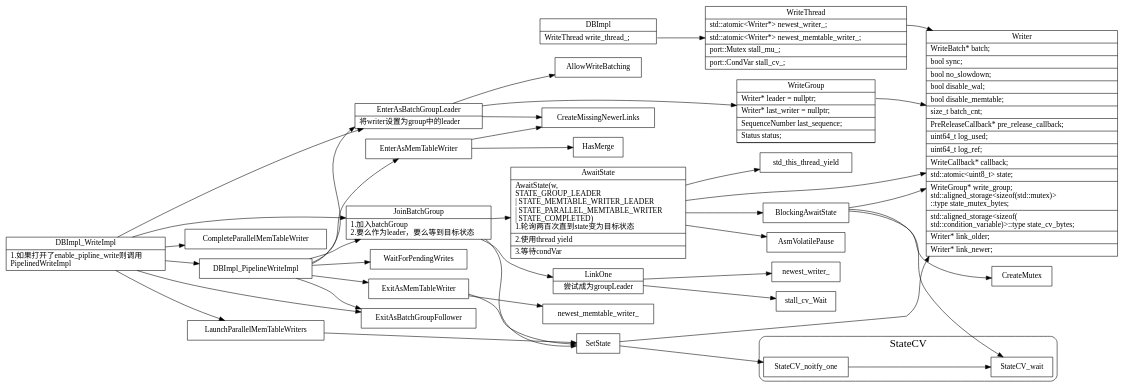
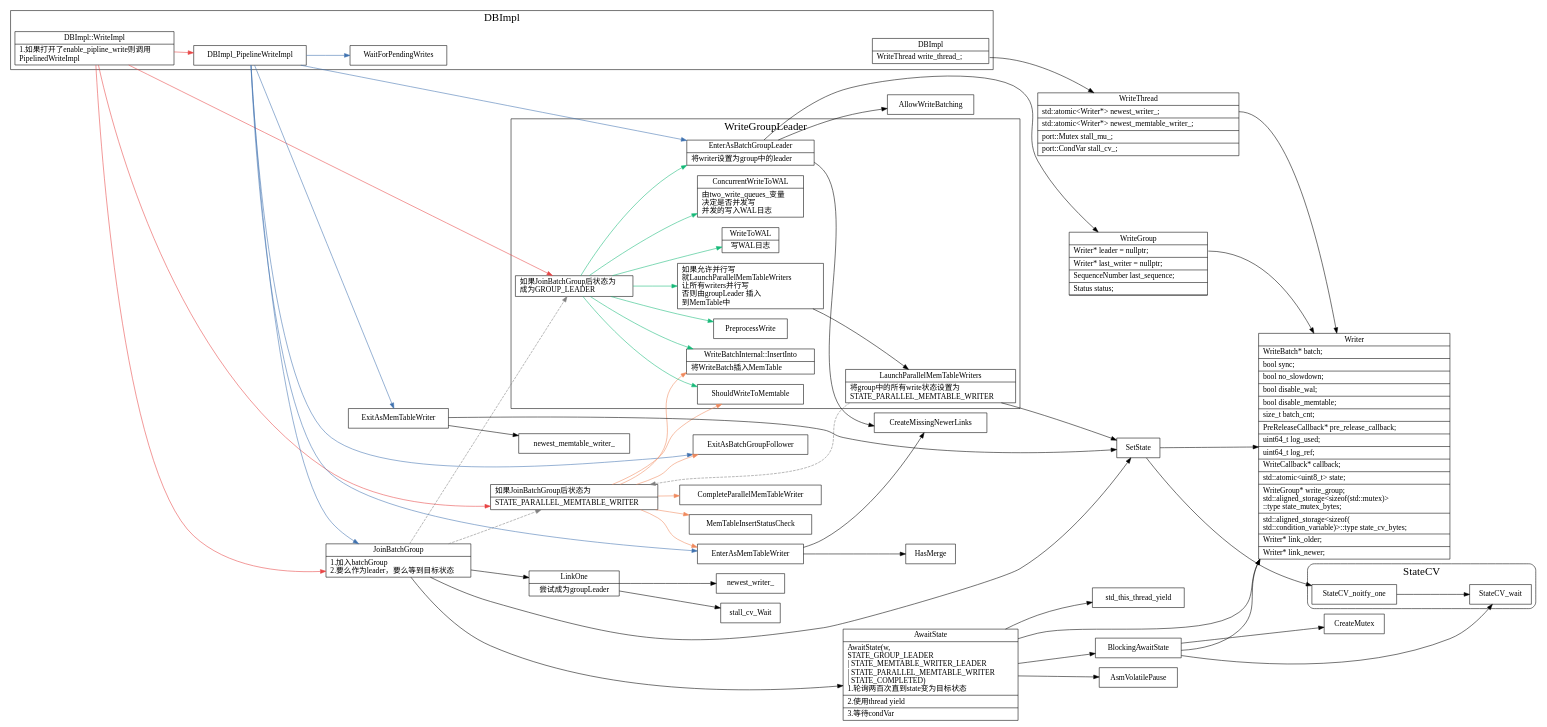
One commit to xieyu/blog changed the diagram in src/raft/write.dot. Above: the diagram before and after it, drawn with Graphviz. The commit also changed 1 other file, not shown here.

Commit message:
add blog about dorcks db write

```diff
--- a/src/raft/write.dot
+++ b/src/raft/write.dot
@@ -66,16 +66,94 @@
 
   DBImpl_WriteImpl -> {
     JoinBatchGroup;
+    DBImpl_PipelineWriteImpl;
+    IF_STATE_PARALLEL_MEMABLE_WRITER;
+    IF_STATE_GROUP_LEADER;
+  }[color="#e84545"]
+
+  IF_STATE_PARALLEL_MEMABLE_WRITER[shape="record";
+    label="{{
+      如果JoinBatchGroup后状态为\l|
+      STATE_PARALLEL_MEMTABLE_WRITER\l
+    }}";
+  ];
+
+  IF_STATE_PARALLEL_MEMABLE_WRITER -> {
+    ShouldWriteToMemtable;
+    WriteBatchInternal_InsertInto;
     CompleteParallelMemTableWriter;
+    MemTableInsertStatusCheck;
     ExitAsBatchGroupFollower;
-    EnterAsBatchGroupLeader;
-    LaunchParallelMemTableWriters;
-    DBImpl_PipelineWriteImpl;
+    EnterAsMemTableWriter;
+  }[color="#f08a5d"];
+
+  WriteBatchInternal_InsertInto[shape="record";
+    label="{{
+      WriteBatchInternal::InsertInto|
+      将WriteBatch插入MemTable\l
+    }}";
+  ];
+  JoinBatchGroup -> IF_STATE_PARALLEL_MEMABLE_WRITER [style=dashed;color=gray;];
+  JoinBatchGroup -> IF_STATE_GROUP_LEADER[style=dashed;color=gray];
+  LaunchParallelMemTableWriters -> IF_STATE_PARALLEL_MEMABLE_WRITER[style=dashed;color=gray];
+
+  IF_STATE_GROUP_LEADER[shape="record";
+    label="{{
+      如果JoinBatchGroup后状态为\l 
+      成为GROUP_LEADER\l
+    }}";
+  ];
+  {rank=same;IF_STATE_GROUP_LEADER;IF_STATE_PARALLEL_MEMABLE_WRITER};
+
+  subgraph cluster_GroupLeader {
+    graph[label="WriteGroupLeader";fontsize=20;];
+    IF_STATE_GROUP_LEADER -> {
+      PreprocessWrite;
+      EnterAsBatchGroupLeader;
+      ShouldWriteToMemtable;
+      IF_PARALLEL;
+      WriteToWAL;
+      WriteBatchInternal_InsertInto;
+      ConcurrentWriteToWAL;
+    }[color="#17b978"];
+
+    IF_PARALLEL[shape="record";
+      label="{{
+        如果允许并行写\l
+        就LaunchParallelMemTableWriters\l
+        让所有writers并行写\l
+        否则由groupLeader 插入\l 
+        到MemTable中\l
+      }}";
+    ];
+    IF_PARALLEL -> LaunchParallelMemTableWriters;
+    WriteToWAL[shape="record";
+      label="{{
+        WriteToWAL|
+        写WAL日志
+      }}";
+    ];
+    ConcurrentWriteToWAL[shape="record";
+      label="{{
+        ConcurrentWriteToWAL|
+        由two_write_queues_变量\l 
+        决定是否并发写\l
+        并发的写入WAL日志\l
+      }}";
+    ];
+
+    LaunchParallelMemTableWriters[shape="record";
+      label="{{
+        LaunchParallelMemTableWriters|
+        将group中的所有write状态设置为\l
+        STATE_PARALLEL_MEMTABLE_WRITER\l
+      }}";
+    ];
   }
   DBImpl_WriteImpl[
     shape="record";
     label="{{
-      DBImpl_WriteImpl|
+      DBImpl::WriteImpl|
       1.如果打开了enable_pipline_write则调用\l
       PipelinedWriteImpl\l
     }}";
@@ -87,7 +165,7 @@
     ExitAsBatchGroupFollower;
     ExitAsMemTableWriter;
     EnterAsMemTableWriter;
-  }
+  }[color="#3f72af"]
 
   JoinBatchGroup[
     shape="record";
@@ -166,4 +244,11 @@
     StateCV_noitfy_one;
     StateCV_noitfy_one -> StateCV_wait;
   };
+  subgraph cluster_DBImpl {
+    graph[label="DBImpl";fontsize=20;];
+    DBImpl_PipelineWriteImpl;
+    DBImpl_WriteImpl;
+    DBImpl;
+    WaitForPendingWrites;
+  }
 }
```
